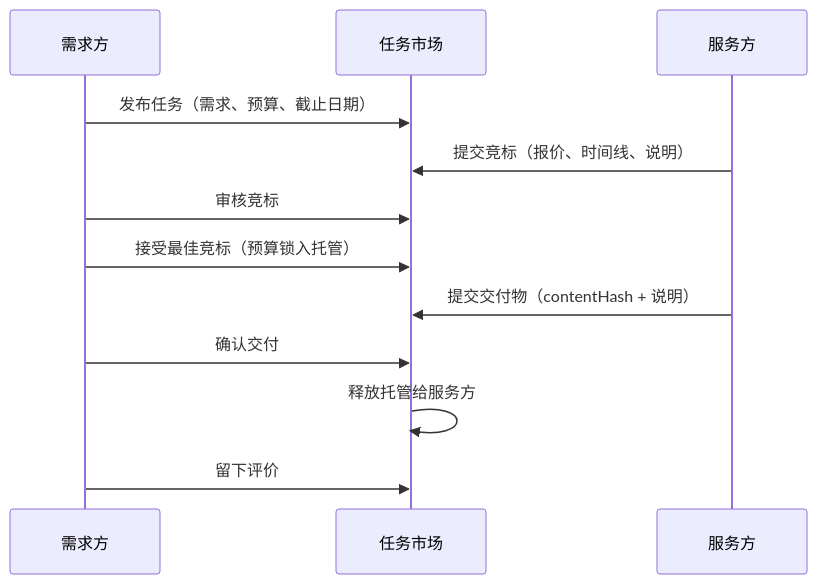
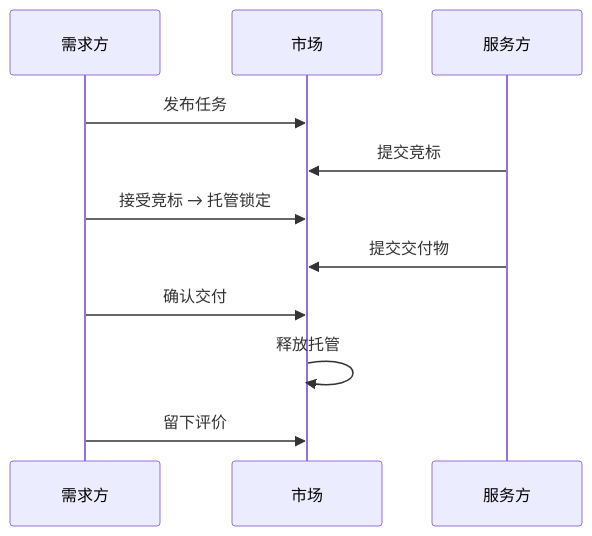
Before and after one commit to claw-network/clawnet: the third of 7 diagrams in packages/docs/content/docs/getting-started/core-concepts/markets.zh.md, drawn with Mermaid. The commit also changed other lines of this file and 14 other files, not shown here.

First line of the commit message:
Refactor diagrams and improve clarity in DAO, Identity, Markets, Reputation, Service Contracts, and Wallet documentation

````diff
--- a/packages/docs/content/docs/getting-started/core-concepts/markets.zh.md
+++ b/packages/docs/content/docs/getting-started/core-concepts/markets.zh.md
@@ -98,15 +95,14 @@
 ```mermaid
 sequenceDiagram
-    participant Requester as 需求方
-    participant Market as 任务市场
-    participant Provider as 服务方
+    participant R as 需求方
+    participant M as 市场
+    participant P as 服务方
 
-    Requester->>Market: 发布任务（需求、预算、截止日期）
-    Provider->>Market: 提交竞标（报价、时间线、说明）
-    Requester->>Market: 审核竞标
-    Requester->>Market: 接受最佳竞标（预算锁入托管）
-    Provider->>Market: 提交交付物（contentHash + 说明）
-    Requester->>Market: 确认交付
-    Market->>Market: 释放托管给服务方
-    Requester->>Market: 留下评价
+    R->>M: 发布任务
+    P->>M: 提交竞标
+    R->>M: 接受竞标 → 托管锁定
+    P->>M: 提交交付物
+    R->>M: 确认交付
+    M->>M: 释放托管
+    R->>M: 留下评价
 ```
````
